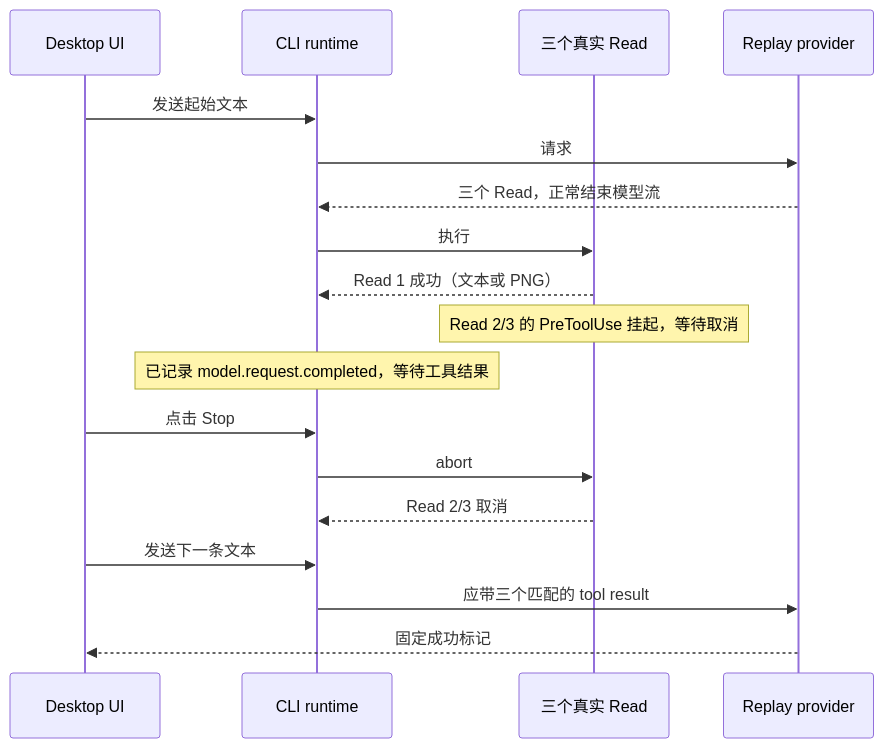
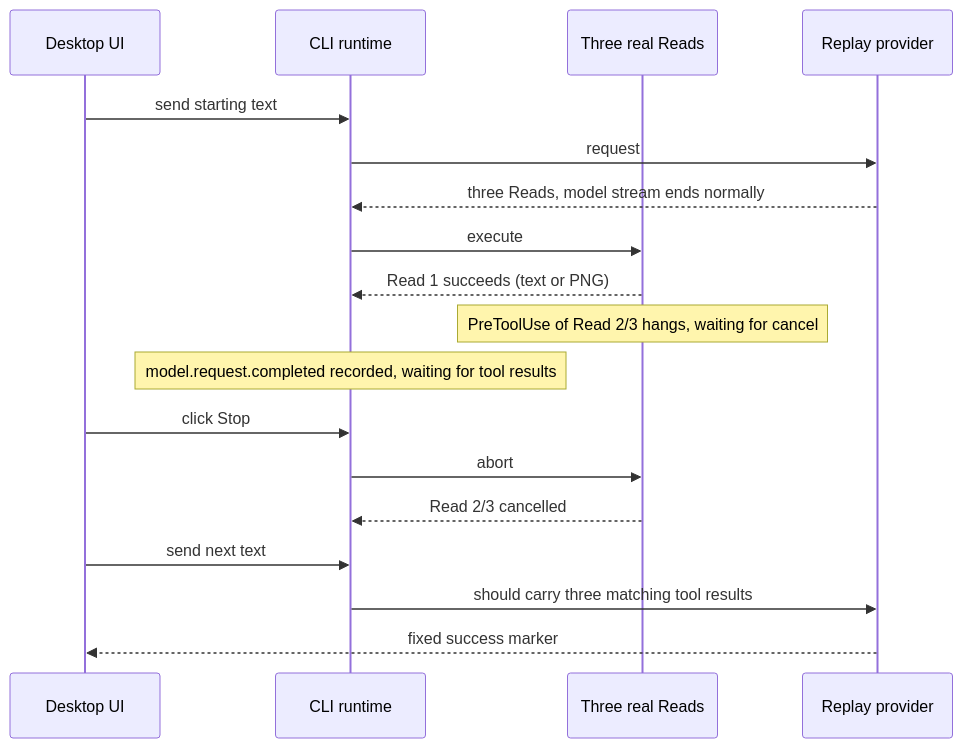
The first of 3 diagrams in docs/testing/stop-tool-results-reproduction.md (osben/ZCode), drawn with Mermaid before and after one commit. The commit also changed other lines of this file and 17 other files, not shown here.

````diff
--- a/docs/testing/stop-tool-results-reproduction.md
+++ b/docs/testing/stop-tool-results-reproduction.md
@@ -9,20 +9,20 @@
 ```mermaid
 sequenceDiagram
     participant UI as Desktop UI
     participant Runtime as CLI runtime
-    participant Tools as 三个真实 Read
+    participant Tools as Three real Reads
     participant Provider as Replay provider
-    UI->>Runtime: 发送起始文本
-    Runtime->>Provider: 请求
-    Provider-->>Runtime: 三个 Read，正常结束模型流
-    Runtime->>Tools: 执行
-    Tools-->>Runtime: Read 1 成功（文本或 PNG）
-    Note over Tools: Read 2/3 的 PreToolUse 挂起，等待取消
-    Note over Runtime: 已记录 model.request.completed，等待工具结果
-    UI->>Runtime: 点击 Stop
+    UI->>Runtime: send starting text
+    Runtime->>Provider: request
+    Provider-->>Runtime: three Reads, model stream ends normally
+    Runtime->>Tools: execute
+    Tools-->>Runtime: Read 1 succeeds (text or PNG)
+    Note over Tools: PreToolUse of Read 2/3 hangs, waiting for cancel
+    Note over Runtime: model.request.completed recorded, waiting for tool results
+    UI->>Runtime: click Stop
     Runtime->>Tools: abort
-    Tools-->>Runtime: Read 2/3 取消
-    UI->>Runtime: 发送下一条文本
-    Runtime->>Provider: 应带三个匹配的 tool result
-    Provider-->>UI: 固定成功标记
+    Tools-->>Runtime: Read 2/3 cancelled
+    UI->>Runtime: send next text
+    Runtime->>Provider: should carry three matching tool results
+    Provider-->>UI: fixed success marker
 ```
````
